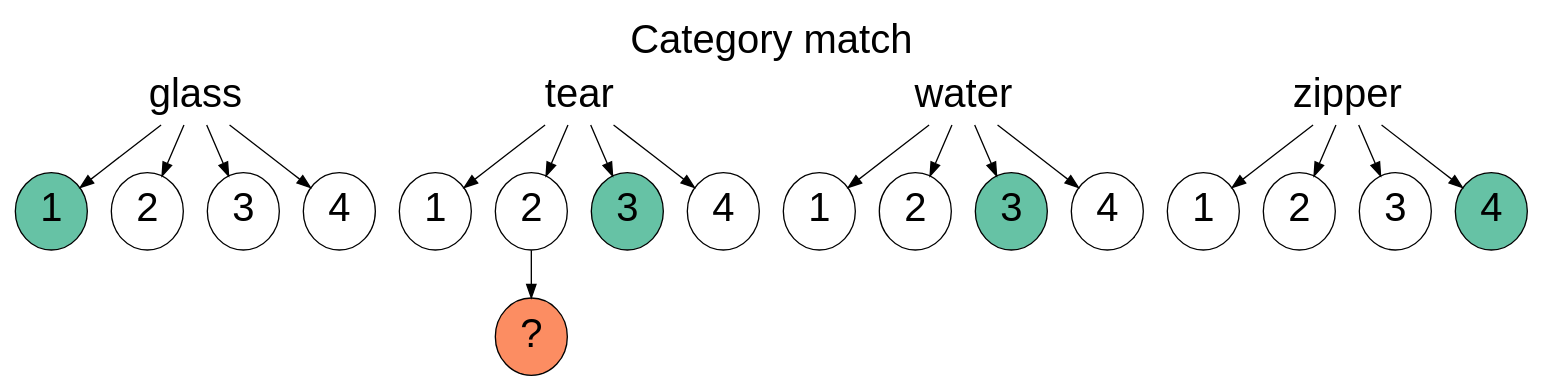
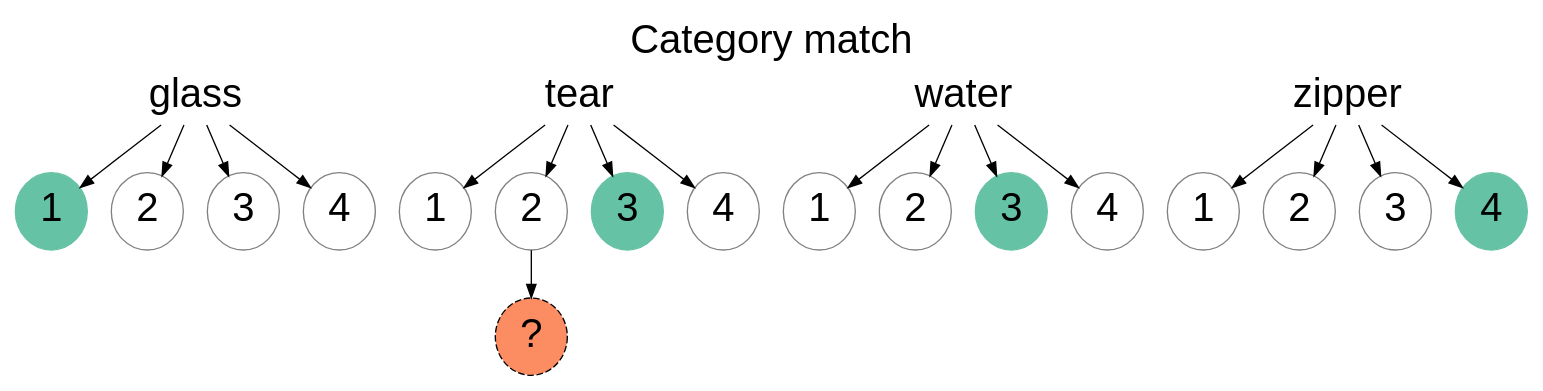
Before and after one commit to lupyanlab/words-in-transition: the diagram in wordsintransition/inst/extdata/category-match.gv, drawn with Graphviz. The commit also changed 2 other files, not shown here.

Commit message:
Redesign of question type figure

```diff
--- a/wordsintransition/inst/extdata/category-match.gv
+++ b/wordsintransition/inst/extdata/category-match.gv
@@ -1,45 +1,47 @@
 digraph {
   labelloc="t";
   label="Category match";
 
   graph[fontname="helvetica", fontsize=30];
   node[fontname="helvetica", fontsize=30];
-  
+
   glass[shape="none"];
   tear[shape="none"];
   water[shape="none"];
   zipper[shape="none"];
 
   glass -> {glass1, glass2, glass3, glass4};
   tear -> {tear1, tear2, tear3, tear4};
   water -> {water1, water2, water3, water4};
   zipper -> {zipper1, zipper2, zipper3, zipper4};
 
-  glass1[style="filled", fillcolor="#66C2A5"];
-  tear3[style="filled", fillcolor="#66C2A5"];
-  water3[style="filled", fillcolor="#66C2A5"];
-  zipper4[style="filled", fillcolor="#66C2A5"];
+  glass1[style="filled", fillcolor="#66C2A5", color="#66C2A5"];
+  tear3[style="filled", fillcolor="#66C2A5", color="#66C2A5"];
+  water3[style="filled", fillcolor="#66C2A5", color="#66C2A5"];
+  zipper4[style="filled", fillcolor="#66C2A5", color="#66C2A5"];
 
   glass1[label="1"];
   glass2[label="2"];
   glass3[label="3"];
   glass4[label="4"];
 
   tear1[label="1"];
   tear2[label="2"];
   tear3[label="3"];
   tear4[label="4"];
 
   water1[label="1"];
   water2[label="2"];
   water3[label="3"];
   water4[label="4"];
 
   zipper1[label="1"];
   zipper2[label="2"];
   zipper3[label="3"];
   zipper4[label="4"];
 
+  glass2, glass3, glass4, tear1, tear2, tear4, water1, water2, water4, zipper1, zipper2, zipper3[color="gray"];
+
   tear2 -> gen1;
-  gen1[label="?", style="filled", fillcolor="#FC8D62"];
+  gen1[label="?", style="filled, dashed", fillcolor="#FC8D62"];
 }
```
